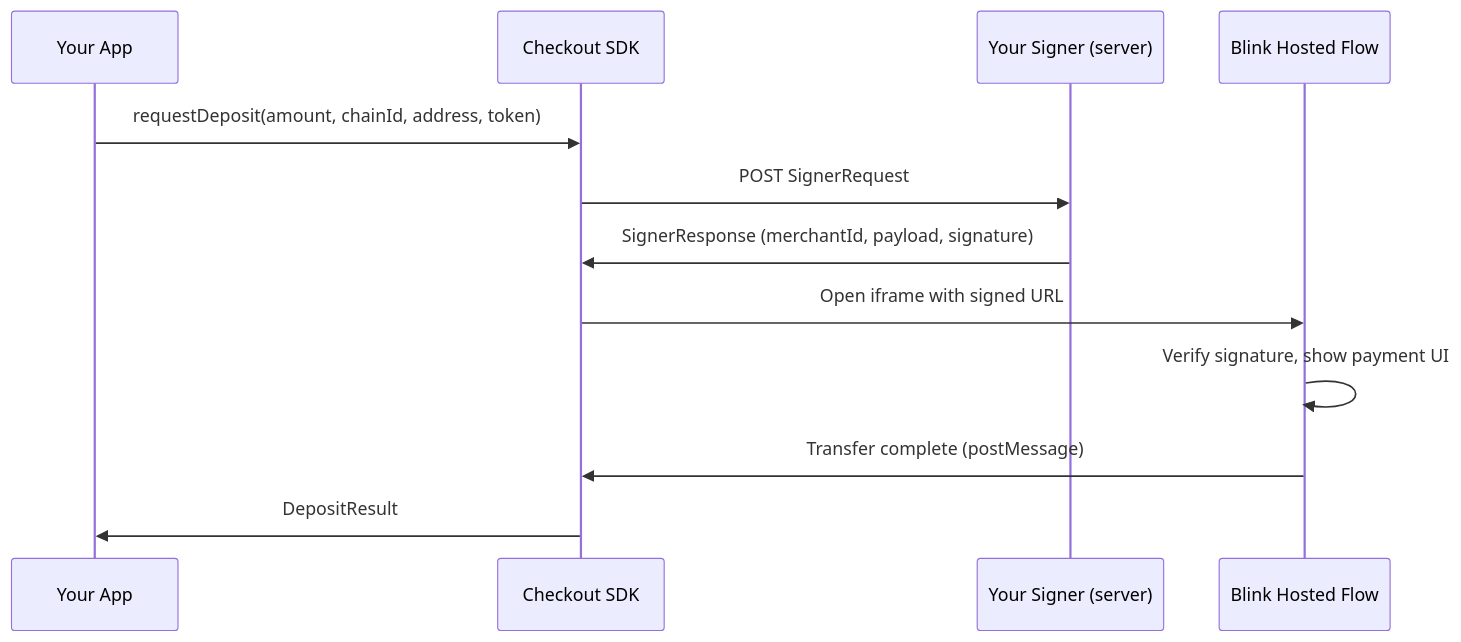
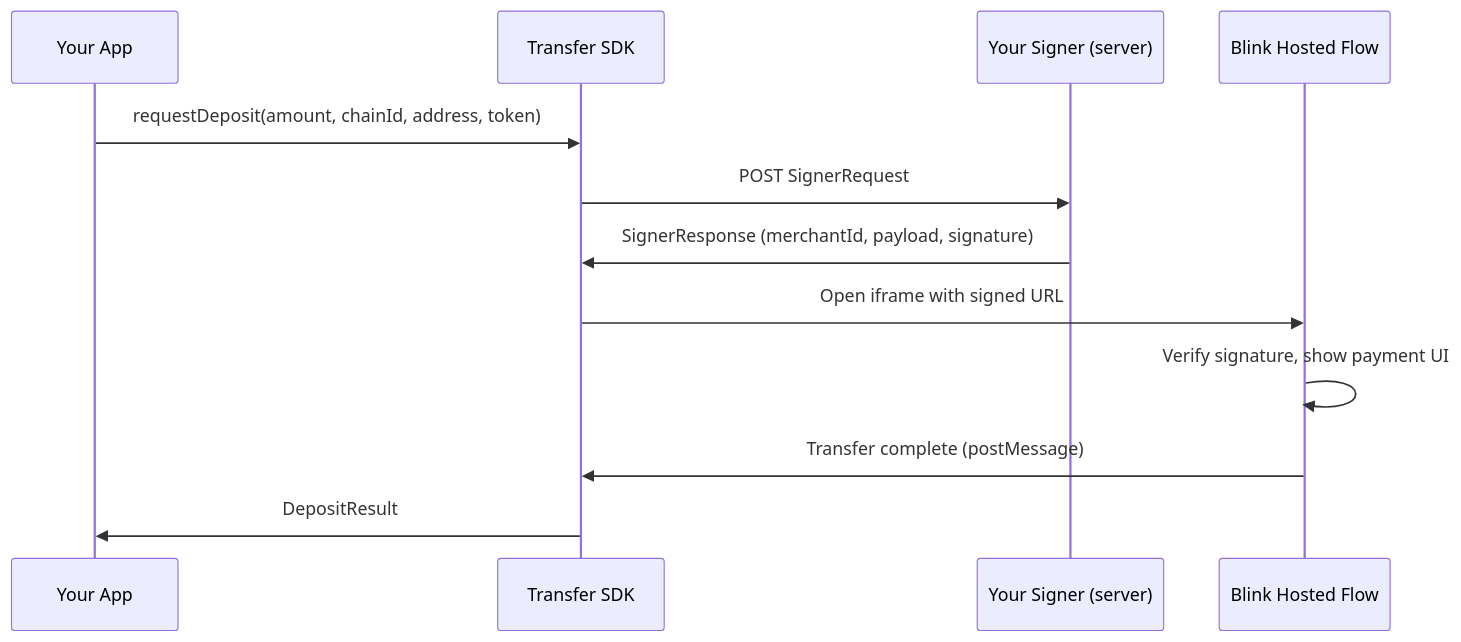
The diagram in introduction.mdx (swype-org/docs), drawn with Mermaid before and after one commit. The commit also changed other lines of this file and 13 other files, not shown here.

Commit message:
checkout -> transfer

````diff
--- a/introduction.mdx
+++ b/introduction.mdx
@@ -16,15 +16,15 @@
 ```mermaid
 sequenceDiagram
     participant App as Your App
-    participant SDK as Checkout SDK
+    participant SDK as Transfer SDK
     participant Signer as Your Signer (server)
     participant BlinkFlow as Blink Hosted Flow
 
     App->>SDK: requestDeposit(amount, chainId, address, token)
     SDK->>Signer: POST SignerRequest
     Signer->>SDK: SignerResponse (merchantId, payload, signature)
     SDK->>BlinkFlow: Open iframe with signed URL
     BlinkFlow->>BlinkFlow: Verify signature, show payment UI
     BlinkFlow->>SDK: Transfer complete (postMessage)
     SDK->>App: DepositResult
 ```
````
